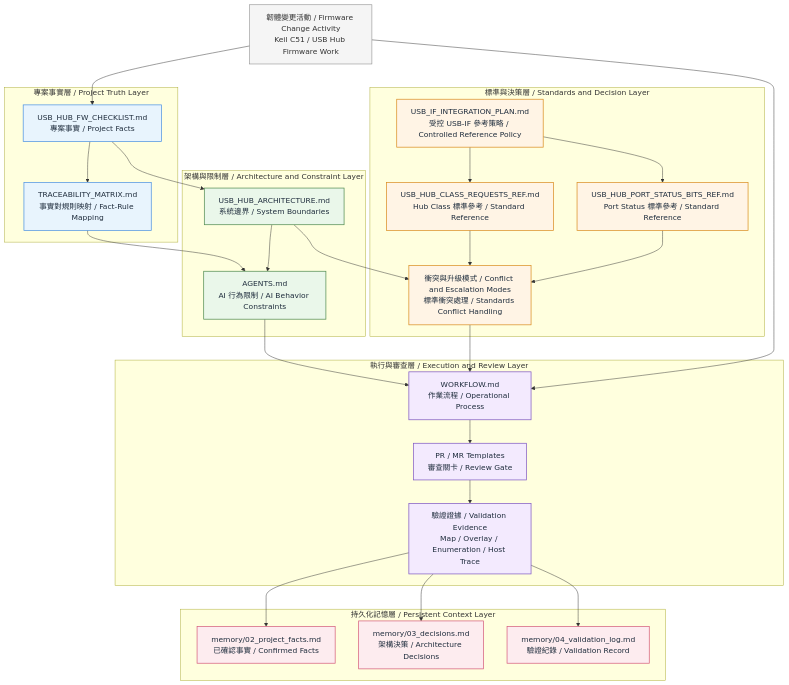
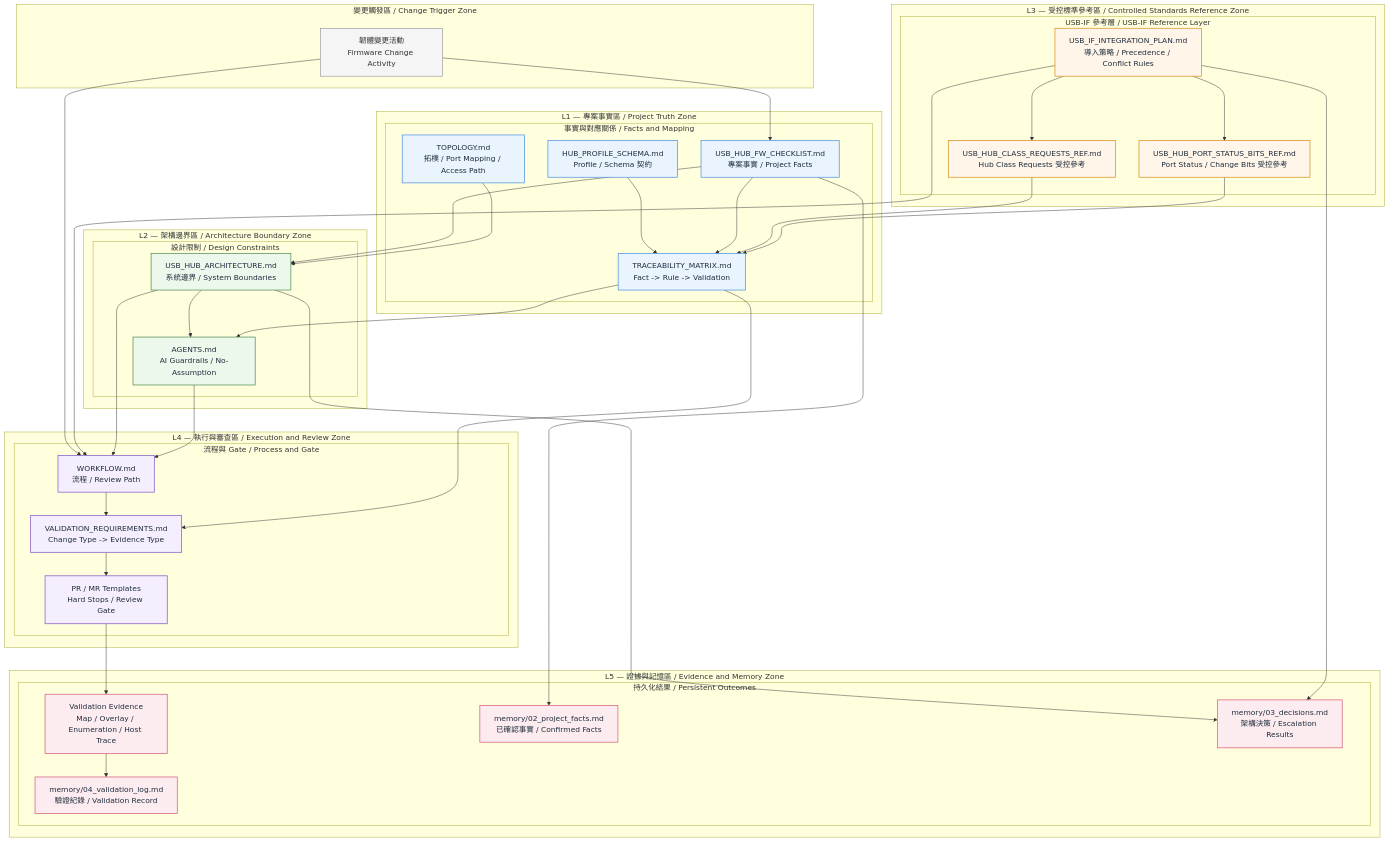
The first of 2 diagrams in README.md (GavinWu672/USB-Hub-Firmware-Architecture-Contract), drawn with Mermaid before and after one commit.

Commit message:
docs: redesign governance architecture diagram

````diff
--- a/README.md
+++ b/README.md
@@ -26,66 +26,89 @@
 ```mermaid
 flowchart TD
-    classDef fact fill:#E8F4FD,stroke:#4A90E2,stroke-width:1.5px,color:#1F2D3D;
-    classDef arch fill:#EAF7EA,stroke:#4F8A4F,stroke-width:1.5px,color:#1F2D3D;
-    classDef govern fill:#FFF4E5,stroke:#D98C1F,stroke-width:1.5px,color:#1F2D3D;
-    classDef process fill:#F3EAFE,stroke:#7E57C2,stroke-width:1.5px,color:#1F2D3D;
-    classDef memory fill:#FDECEF,stroke:#D45A7A,stroke-width:1.5px,color:#1F2D3D;
-    classDef external fill:#F5F5F5,stroke:#8C8C8C,stroke-width:1.2px,color:#333;
+    classDef trigger fill:#F5F5F5,stroke:#888,stroke-width:1.2px,color:#333;
+    classDef fact fill:#EAF4FF,stroke:#4A90E2,stroke-width:1.5px,color:#1F2D3D;
+    classDef arch fill:#EDF8ED,stroke:#4F8A4F,stroke-width:1.5px,color:#1F2D3D;
+    classDef ref fill:#FFF5E8,stroke:#D98C1F,stroke-width:1.5px,color:#1F2D3D;
+    classDef exec fill:#F5EEFF,stroke:#7E57C2,stroke-width:1.5px,color:#1F2D3D;
+    classDef mem fill:#FDECEF,stroke:#D45A7A,stroke-width:1.5px,color:#1F2D3D;
 
-    subgraph L1["專案事實層 / Project Truth Layer"]
-        F1["USB_HUB_FW_CHECKLIST.md<br/>專案事實 / Project Facts"]
-        F2["TRACEABILITY_MATRIX.md<br/>事實對規則映射 / Fact-Rule Mapping"]
+    subgraph Z0["變更觸發區 / Change Trigger Zone"]
+        U1["韌體變更活動<br/>Firmware Change Activity"]
     end
 
-    subgraph L2["架構與限制層 / Architecture and Constraint Layer"]
-        A1["USB_HUB_ARCHITECTURE.md<br/>系統邊界 / System Boundaries"]
-        A2["AGENTS.md<br/>AI 行為限制 / AI Behavior Constraints"]
+    subgraph Z1["L1 — 專案事實區 / Project Truth Zone"]
+        subgraph Z1A["事實與對應關係 / Facts and Mapping"]
+            F1["USB_HUB_FW_CHECKLIST.md<br/>專案事實 / Project Facts"]
+            F2["TOPOLOGY.md<br/>拓樸 / Port Mapping / Access Path"]
+            F3["HUB_PROFILE_SCHEMA.md<br/>Profile / Schema 契約"]
+            F4["TRACEABILITY_MATRIX.md<br/>Fact -> Rule -> Validation"]
+        end
     end
 
-    subgraph L3["標準與決策層 / Standards and Decision Layer"]
-        S1["USB_IF_INTEGRATION_PLAN.md<br/>受控 USB-IF 參考策略 / Controlled Reference Policy"]
-        S2["USB_HUB_CLASS_REQUESTS_REF.md<br/>Hub Class 標準參考 / Standard Reference"]
-        S3["USB_HUB_PORT_STATUS_BITS_REF.md<br/>Port Status 標準參考 / Standard Reference"]
-        S4["衝突與升級模式 / Conflict and Escalation Modes<br/>標準衝突處理 / Standards Conflict Handling"]
+    subgraph Z2["L2 — 架構邊界區 / Architecture Boundary Zone"]
+        subgraph Z2A["設計限制 / Design Constraints"]
+            A1["USB_HUB_ARCHITECTURE.md<br/>系統邊界 / System Boundaries"]
+            A2["AGENTS.md<br/>AI Guardrails / No-Assumption"]
+        end
     end
 
-    subgraph L4["執行與審查層 / Execution and Review Layer"]
-        P1["WORKFLOW.md<br/>作業流程 / Operational Process"]
-        P2["PR / MR Templates<br/>審查關卡 / Review Gate"]
-        P3["驗證證據 / Validation Evidence<br/>Map / Overlay / Enumeration / Host Trace"]
+    subgraph Z3["L3 — 受控標準參考區 / Controlled Standards Reference Zone"]
+        subgraph Z3A["USB-IF 參考層 / USB-IF Reference Layer"]
+            S1["USB_IF_INTEGRATION_PLAN.md<br/>導入策略 / Precedence / Conflict Rules"]
+            S2["USB_HUB_CLASS_REQUESTS_REF.md<br/>Hub Class Requests 受控參考"]
+            S3["USB_HUB_PORT_STATUS_BITS_REF.md<br/>Port Status / Change Bits 受控參考"]
+        end
     end
 
-    subgraph L5["持久化記憶層 / Persistent Context Layer"]
-        M1["memory/02_project_facts.md<br/>已確認事實 / Confirmed Facts"]
-        M2["memory/03_decisions.md<br/>架構決策 / Architecture Decisions"]
-        M3["memory/04_validation_log.md<br/>驗證紀錄 / Validation Record"]
+    subgraph Z4["L4 — 執行與審查區 / Execution and Review Zone"]
+        subgraph Z4A["流程與 Gate / Process and Gate"]
+            P1["WORKFLOW.md<br/>流程 / Review Path"]
+            P2["VALIDATION_REQUIREMENTS.md<br/>Change Type -> Evidence Type"]
+            P3["PR / MR Templates<br/>Hard Stops / Review Gate"]
+        end
     end
 
-    EXT["韌體變更活動 / Firmware Change Activity<br/>Keil C51 / USB Hub Firmware Work"]
+    subgraph Z5["L5 — 證據與記憶區 / Evidence and Memory Zone"]
+        subgraph Z5A["持久化結果 / Persistent Outcomes"]
+            M1["Validation Evidence<br/>Map / Overlay / Enumeration / Host Trace"]
+            M2["memory/02_project_facts.md<br/>已確認事實 / Confirmed Facts"]
+            M3["memory/03_decisions.md<br/>架構決策 / Escalation Results"]
+            M4["memory/04_validation_log.md<br/>驗證紀錄 / Validation Record"]
+        end
+    end
 
-    F1 --> F2
+    U1 --> F1
+    U1 --> P1
+
     F1 --> A1
-    F2 --> A2
+    F2 --> A1
+    F3 --> F4
+    F1 --> F4
     A1 --> A2
-    A1 --> S4
-    A2 --> P1
+    F4 --> A2
+
     S1 --> S2
     S1 --> S3
-    S2 --> S4
-    S3 --> S4
-    S4 --> P1
+    S1 --> P1
+    S2 --> F4
+    S3 --> F4
+    A1 --> P1
+    A2 --> P1
+
     P1 --> P2
+    F4 --> P2
     P2 --> P3
     P3 --> M1
-    P3 --> M2
-    P3 --> M3
-    EXT --> P1
-    EXT --> F1
 
-    class F1,F2 fact;
+    F1 --> M2
+    A1 --> M3
+    S1 --> M3
+    M1 --> M4
+
+    class U1 trigger;
+    class F1,F2,F3,F4 fact;
     class A1,A2 arch;
-    class S1,S2,S3,S4 govern;
-    class P1,P2,P3 process;
-    class M1,M2,M3 memory;
-    class EXT external;
+    class S1,S2,S3 ref;
+    class P1,P2,P3 exec;
+    class M1,M2,M3,M4 mem;
 ```
````
